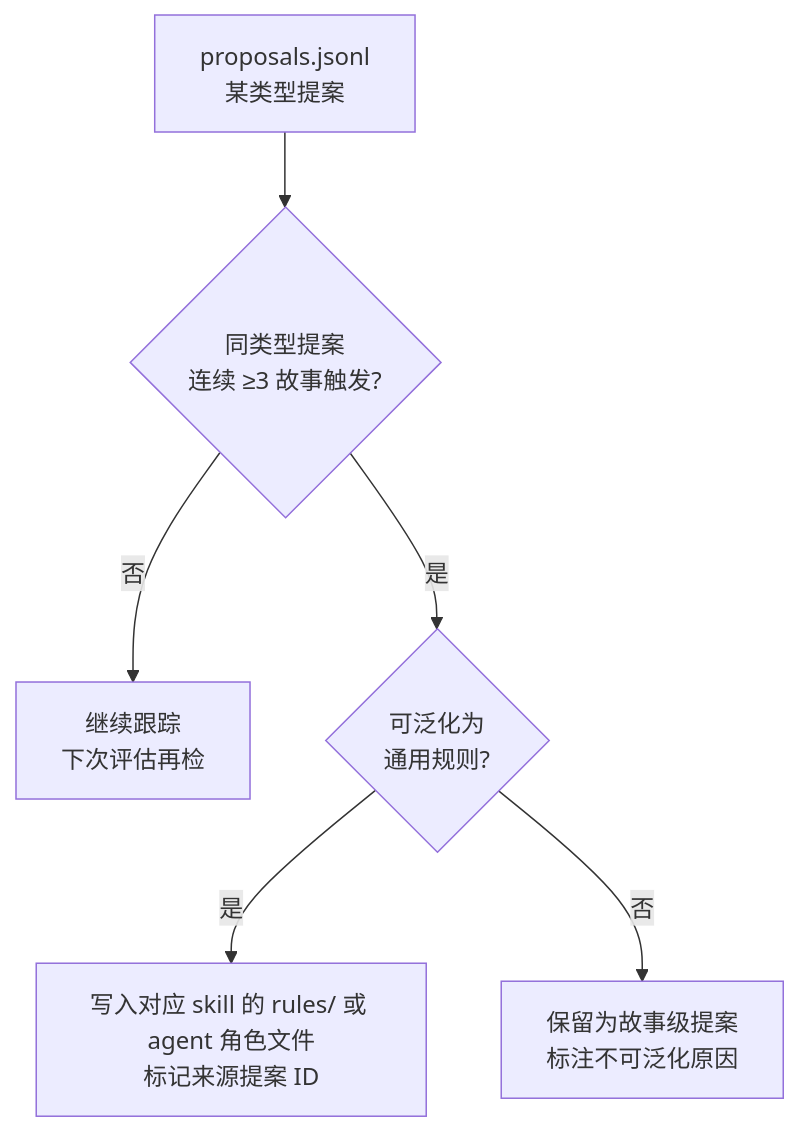
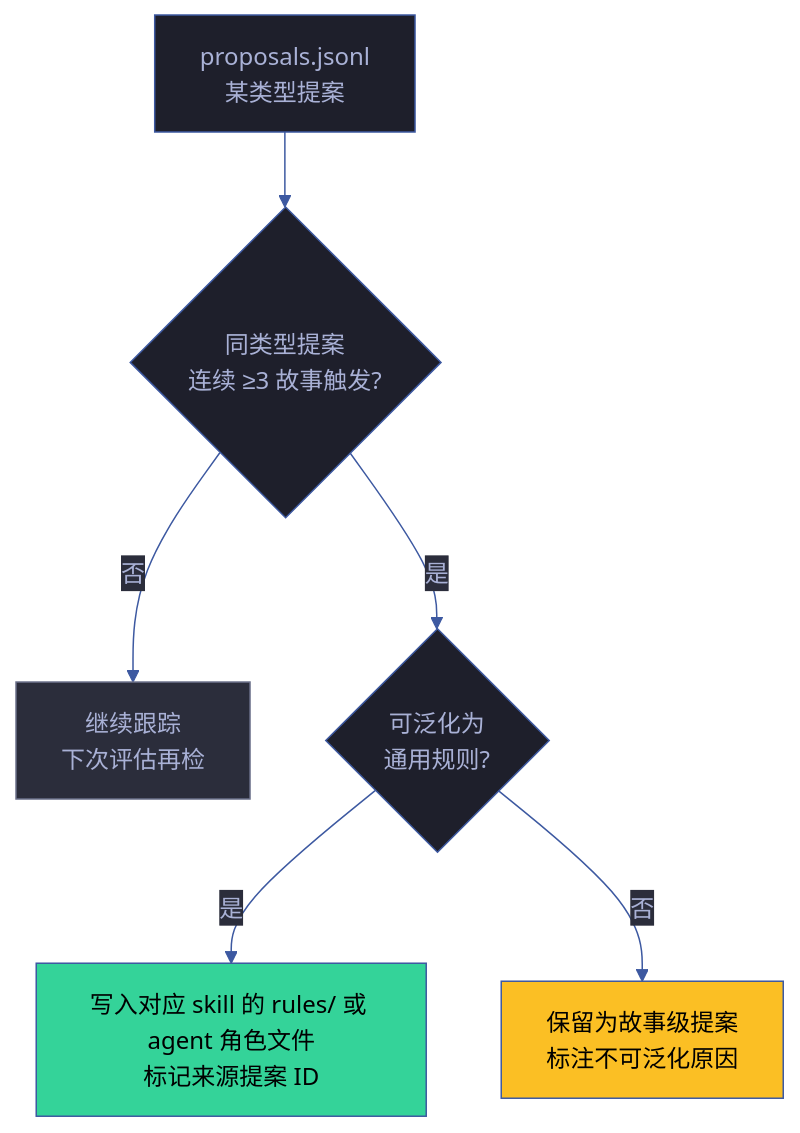
One commit to effiy/YrY changed the eighth of 10 diagrams in skills/rui-yry/rules/self-improve.md. Above: the diagram before and after it, drawn with Mermaid. The commit also changed other lines of this file and 1028 other files, not shown here.

````diff
--- a/skills/rui-yry/rules/self-improve.md
+++ b/skills/rui-yry/rules/self-improve.md
@@ -212,10 +291,20 @@
 ```mermaid
+%%{init: {'theme': 'base', 'themeVariables': {
+  'primaryColor': '#1e1f2b',
+  'primaryTextColor': '#a9b1d6',
+  'primaryBorderColor': '#3d59a1',
+  'lineColor': '#3d59a1',
+  'secondaryColor': '#2b2d3b',
+  'tertiaryColor': '#21232f'
+}}}%%
 flowchart TD
     PROP["proposals.jsonl<br/>某类型提案"] --> Q1{"同类型提案<br/>连续 ≥3 故事触发?"}
     Q1 -->|"否"| TRACK["继续跟踪<br/>下次评估再检"]:::wait
     Q1 -->|"是"| Q2{"可泛化为<br/>通用规则?"}
     Q2 -->|"是"| UPGRADE["写入对应 skill 的 rules/ 或 agent 角色文件<br/>标记来源提案 ID"]:::up
     Q2 -->|"否"| KEEP["保留为故事级提案<br/>标注不可泛化原因"]:::keep
 
-
+    classDef wait fill:#2b2d3b,stroke:#6b708a,color:#a9b1d6
+    classDef up fill:#34d399,color:#000
+    classDef keep fill:#fbbf24,color:#000
 ```
````
